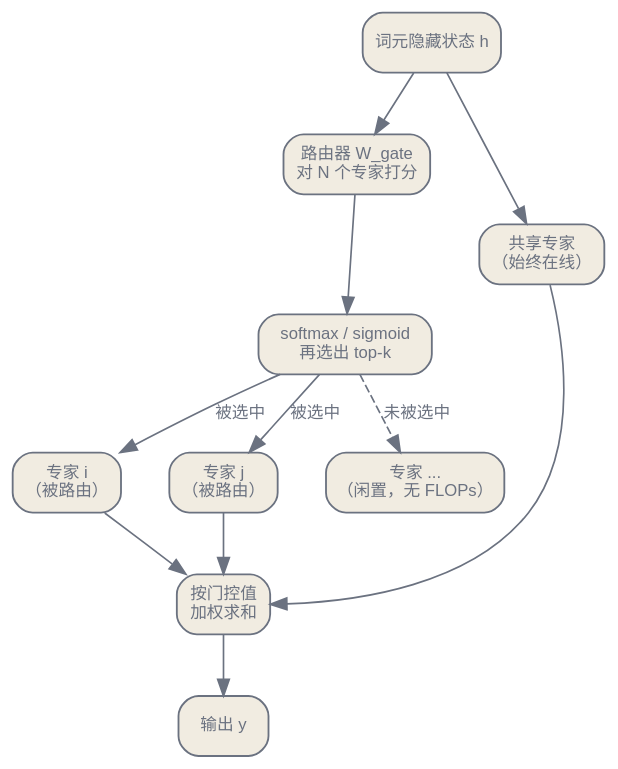
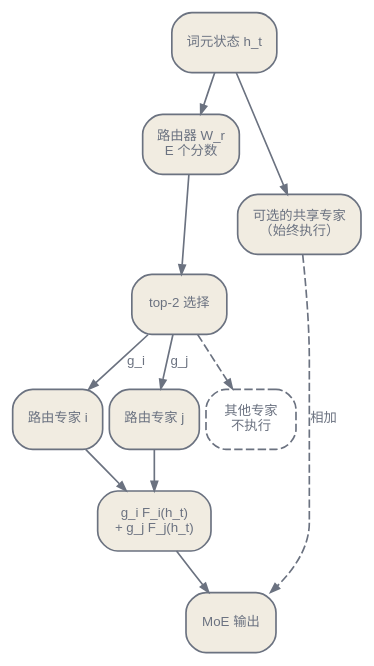
One commit to latere-ai/ai-as-an-infrastructure changed the first of 2 diagrams in zh/foundations/05-moe-ssm-hybrids.qmd. Above: the diagram before and after it, drawn with Graphviz. The commit also changed other lines of this file and 2 other files, not shown here.

Commit message:
docs: rewrite Chinese MoE and recurrent architectures chapter

````diff
--- a/zh/foundations/05-moe-ssm-hybrids.qmd
+++ b/zh/foundations/05-moe-ssm-hybrids.qmd
@@ -59,32 +55,31 @@
 ```{dot}
 //| label: fig-moe-routing
-//| fig-cap: "一个词元穿过 MoE 层。路由器为全部 N 个专家打分，被选中的 top-k 路由专家加权求和，一个始终在线的共享专家在旁并行。取材自 Shazeer 等，2017 与 Dai 等，2024。"
-digraph {
+//| fig-cap: "一条 top-2 MoE 路径。路由器为所有路由专家打分，选出两个，再用门控权重组合它们的 FFN 输出。可选的共享专家单独执行，其输出不经过路由门控便直接相加。"
+digraph moe {
   bgcolor="transparent";
   rankdir=TB;
-  nodesep=0.4; ranksep=0.5;
-  node [shape=box, style="rounded,filled", fontname="Helvetica", fontsize=10, color="#6b7280", fontcolor="#6b7280", fillcolor="#f1ece1", penwidth=1.1];
-  edge [fontsize=10, fontname="Helvetica", color="#6b7280", fontcolor="#6b7280"];
+  nodesep=0.06; ranksep=0.34;
+  node [shape=box, style="rounded,filled", fontname="Helvetica", fontsize=8, color="#6b7280", fontcolor="#6b7280", fillcolor="#f1ece1", penwidth=1.0];
+  edge [fontsize=8, fontname="Helvetica", color="#6b7280", fontcolor="#6b7280", arrowsize=0.55];
 
-  h [label="词元隐藏状态 h"];
-  gate [label="路由器 W_gate\n对 N 个专家打分"];
-  sm [label="softmax / sigmoid\n再选出 top-k"];
-  e1 [label="专家 i\n（被路由）"];
-  e2 [label="专家 j\n（被路由）"];
-  eN [label="专家 ...\n（闲置，无 FLOPs）"];
-  shared [label="共享专家\n（始终在线）"];
-  sum [label="按门控值\n加权求和"];
-  y [label="输出 y"];
+  h [label="词元状态 h_t"];
+  r [label="路由器 W_r\nE 个分数"];
+  k [label="top-2 选择"];
+  e1 [label="路由专家 i"];
+  e2 [label="路由专家 j"];
+  idle [label="其他专家\n不执行", style="rounded,dashed"];
+  mix [label="g_i F_i(h_t)\n+ g_j F_j(h_t)"];
+  shared [label="可选的共享专家\n（始终执行）", fontsize=8];
+  out [label="MoE 输出"];
 
-  h -> gate;
-  gate -> sm;
-  sm -> e1 [label="被选中"];
-  sm -> e2 [label="被选中"];
-  sm -> eN [style=dashed, label="未被选中"];
+  h -> r -> k;
+  k -> e1 [label="g_i"];
+  k -> e2 [label="g_j"];
+  k -> idle [style=dashed];
+  e1 -> mix;
+  e2 -> mix;
   h -> shared;
-  e1 -> sum;
-  e2 -> sum;
-  shared -> sum;
-  sum -> y;
+  mix -> out;
+  shared -> out [label="相加", style=dashed];
 }
 ```
````
